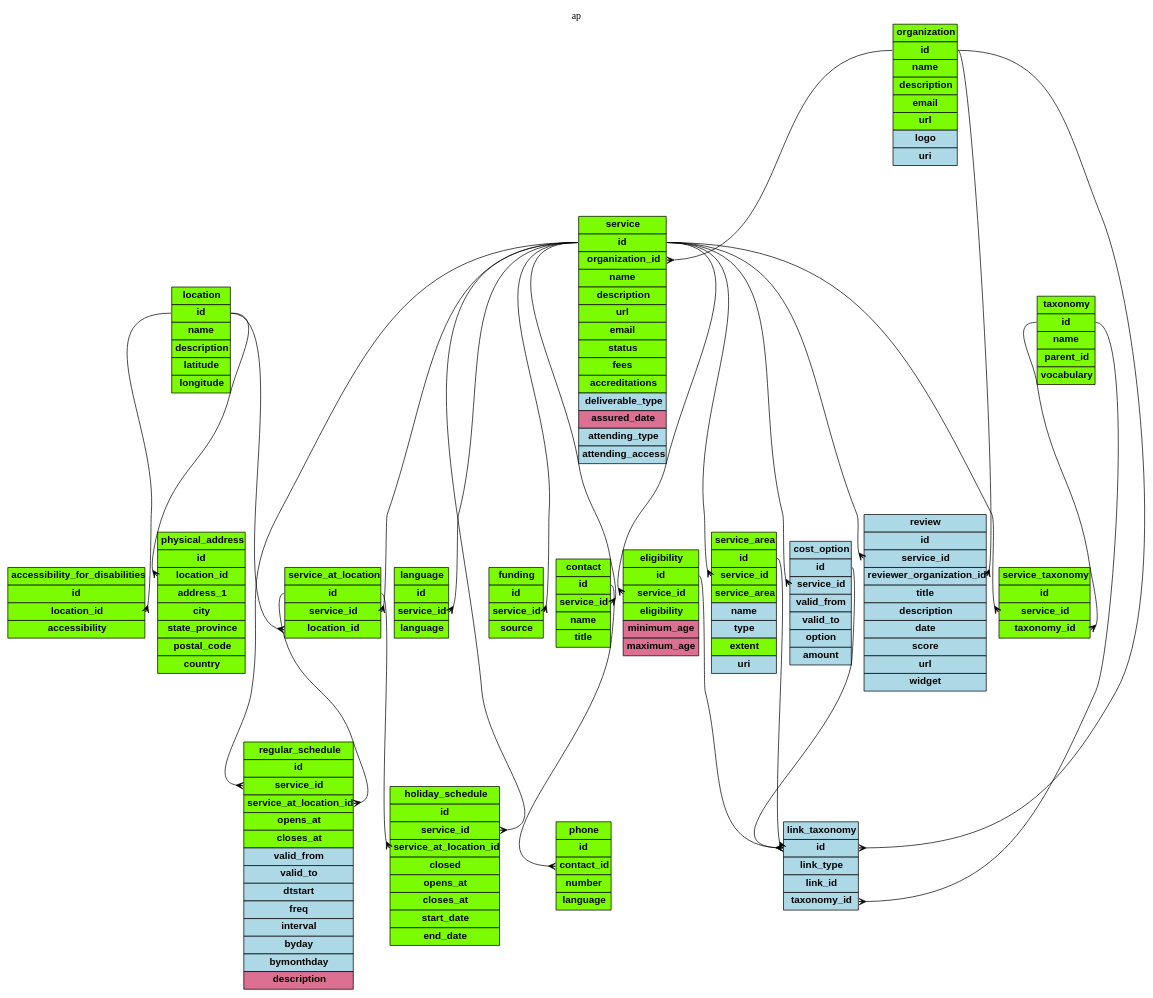
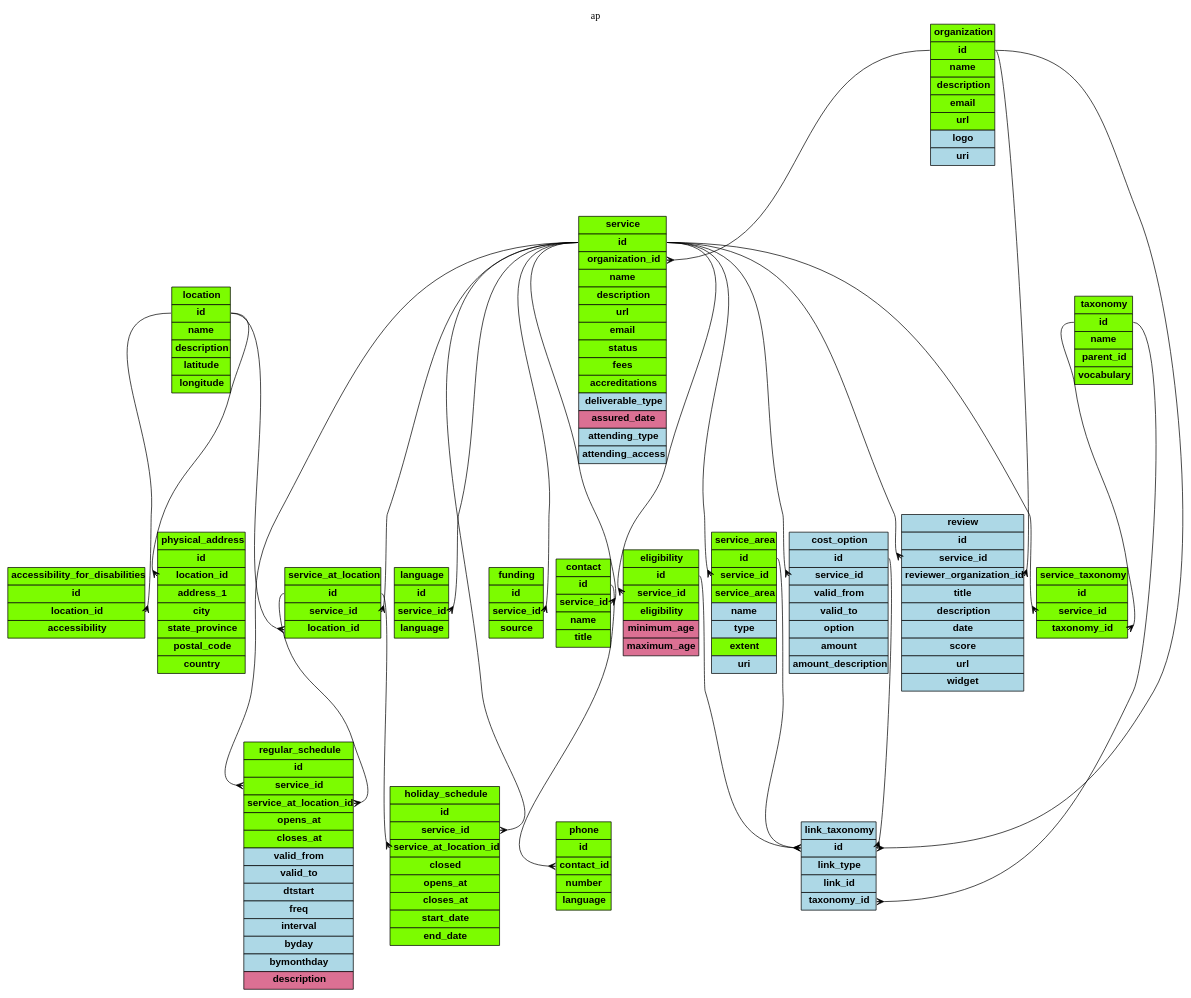
One commit to OpenReferralUK/human-services changed the diagram in Schemas/ap.gv. Above: the diagram before and after it, drawn with Graphviz. The commit also changed 23 other files, not shown here.

Commit message:
All schemas added and new description field.

```diff
--- a/Schemas/ap.gv
+++ b/Schemas/ap.gv
@@ -257,6 +257,7 @@
 <tr><td  bgcolor="lightblue"><b>valid_to</b></td></tr>
 <tr><td  bgcolor="lightblue"><b>option</b></td></tr>
 <tr><td  bgcolor="lightblue"><b>amount</b></td></tr>
+<tr><td  bgcolor="lightblue"><b>amount_description</b></td></tr>
 </table>
 >]
 
```
